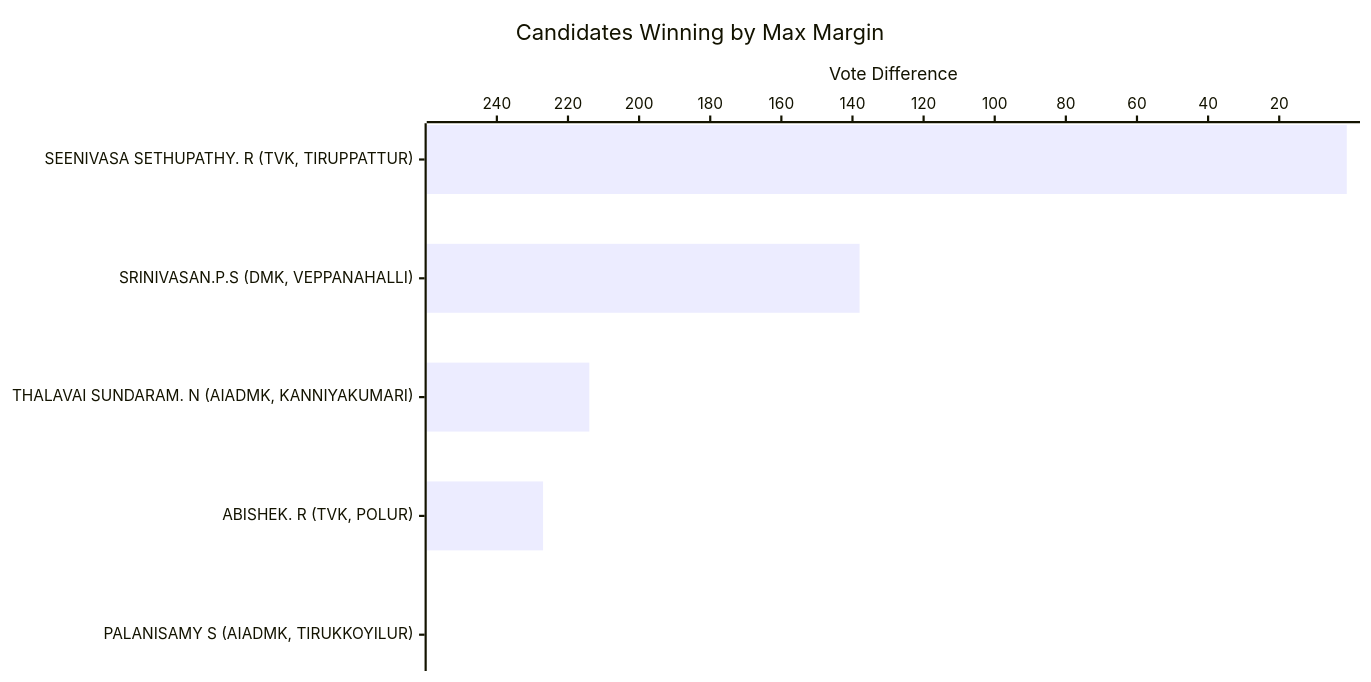
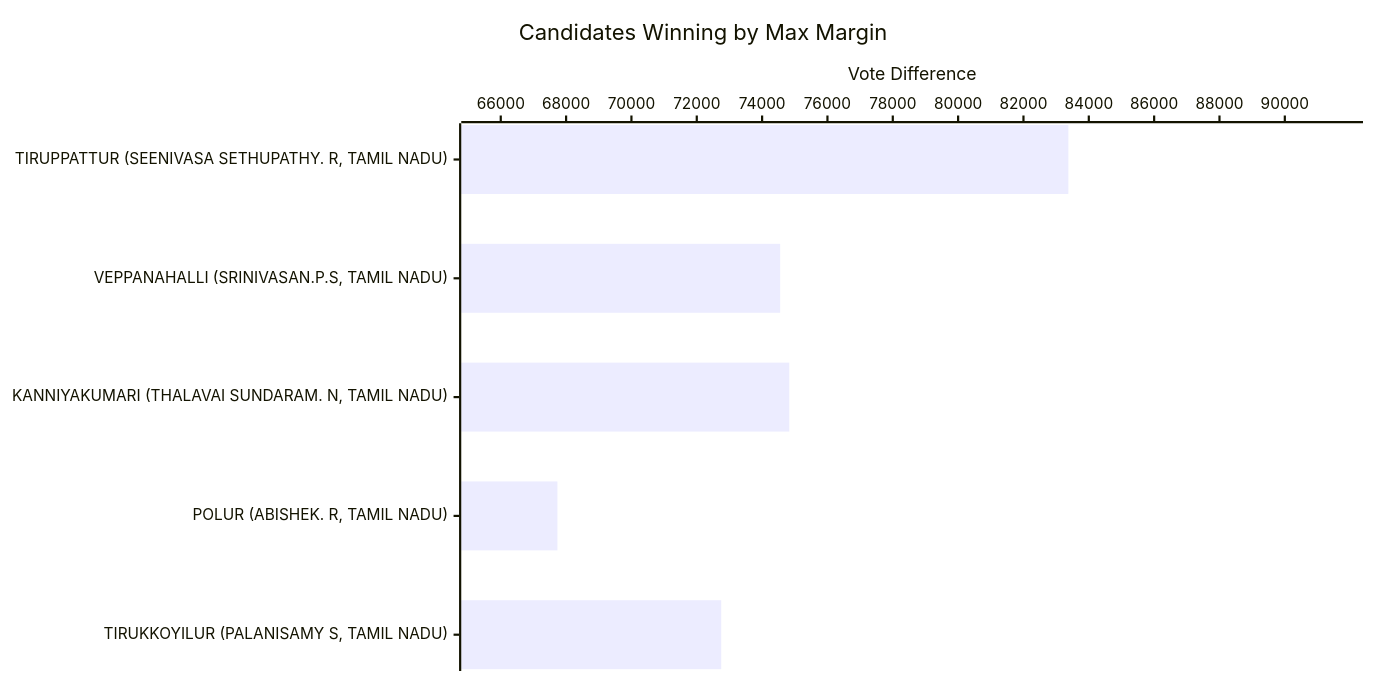
Before and after one commit to arjunswaj/elections: the fifth of 23 diagrams in result/TAMIL NADU/Tamil Nadu-GRAPH.md, drawn with Mermaid. The commit also changed other lines of this file and 64 other files, not shown here.

````diff
--- a/result/TAMIL NADU/Tamil Nadu-GRAPH.md
+++ b/result/TAMIL NADU/Tamil Nadu-GRAPH.md
@@ -138,17 +138,17 @@
 ```mermaid
 ---
 config:
   xyChart:
     width: 1200
     height: 600
     chartOrientation: horizontal
   dataLabels:
     enabled: true
     placement: end
 ---
 xychart-beta
 title "Candidates Winning by Max Margin"
-x-axis ["SEENIVASA SETHUPATHY. R (TVK, TIRUPPATTUR)", "SRINIVASAN.P.S (DMK, VEPPANAHALLI)", "THALAVAI SUNDARAM. N (AIADMK, KANNIYAKUMARI)", "ABISHEK. R (TVK, POLUR)", "PALANISAMY S (AIADMK, TIRUKKOYILUR)"]
-y-axis "Vote Difference" 256 --> 1
-bar [1, 138, 214, 227, 285]
+x-axis ["TIRUPPATTUR (SEENIVASA SETHUPATHY. R, TAMIL NADU)", "VEPPANAHALLI (SRINIVASAN.P.S, TAMIL NADU)", "KANNIYAKUMARI (THALAVAI SUNDARAM. N, TAMIL NADU)", "POLUR (ABISHEK. R, TAMIL NADU)", "TIRUKKOYILUR (PALANISAMY S, TAMIL NADU)"]
+y-axis "Vote Difference" 65473 --> 91711
+bar [83374, 74553, 74831, 67734, 72748]
 ```
````
